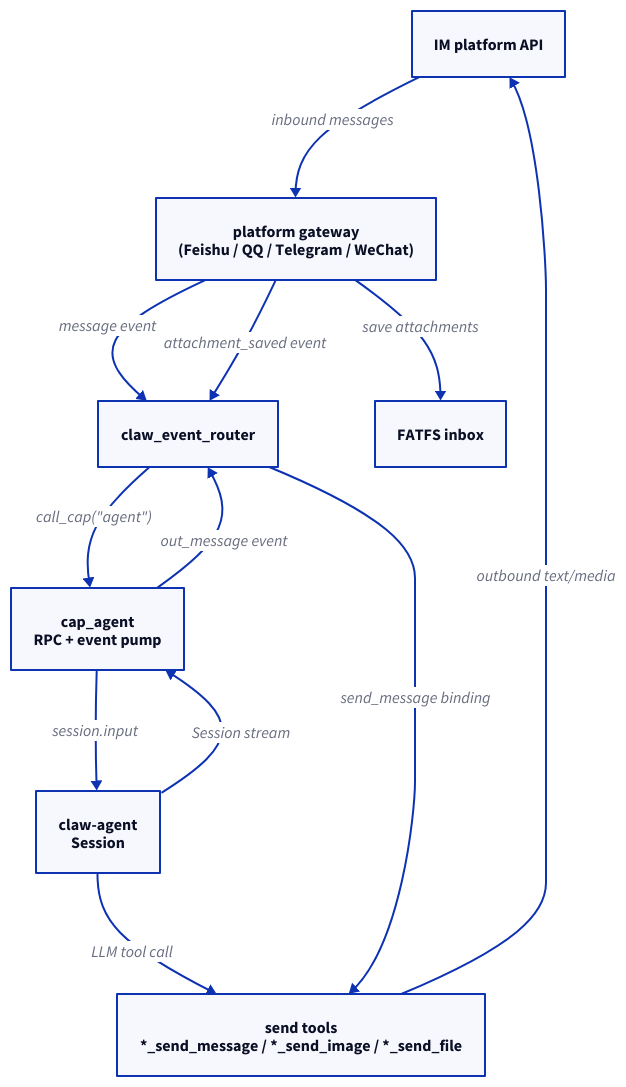
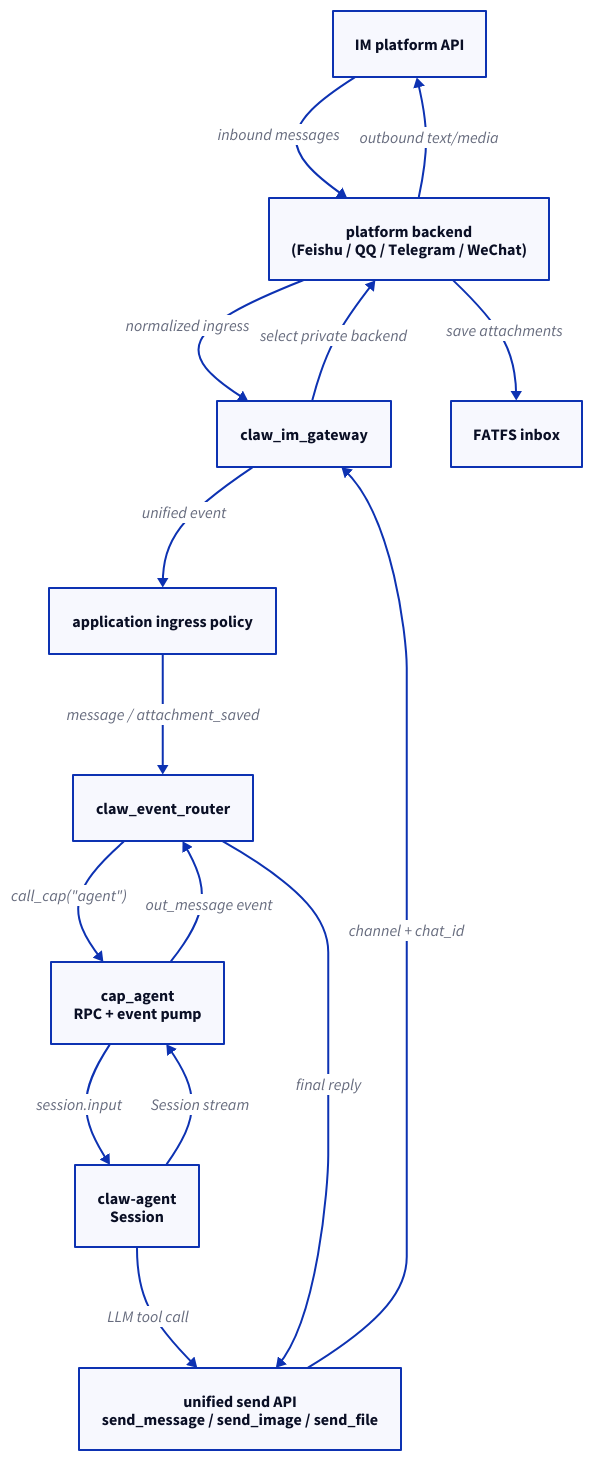
One commit to Asfixious/esp-claw changed the first of 2 diagrams in docs/src/content/docs/en/reference-cap/cap-im-platform.mdx. Above: the diagram before and after it, drawn with D2. The commit also changed other lines of this file and 40 other files, not shown here.

````diff
--- a/docs/src/content/docs/en/reference-cap/cap-im-platform.mdx
+++ b/docs/src/content/docs/en/reference-cap/cap-im-platform.mdx
@@ -48,21 +56,26 @@
 ```d2
 im_api: "IM platform API"
-gateway: "platform gateway\n(Feishu / QQ / Telegram / WeChat)"
+backend: "platform backend\n(Feishu / QQ / Telegram / WeChat)"
+gateway: "claw_im_gateway"
+ingress: "application ingress policy"
 router: "claw_event_router"
 adapter: "cap_agent\nRPC + event pump"
 agent: "claw-agent\nSession"
 fatfs: "FATFS inbox"
-tools: "send tools\n*_send_message / *_send_image / *_send_file"
+tools: "unified send API\nsend_message / send_image / send_file"
 
-im_api -> gateway: "inbound messages"
-gateway -> router: "message event"
-gateway -> fatfs: "save attachments"
-gateway -> router: "attachment_saved event"
+im_api -> backend: "inbound messages"
+backend -> gateway: "normalized ingress"
+gateway -> ingress: "unified event"
+ingress -> router: "message / attachment_saved"
+backend -> fatfs: "save attachments"
 router -> adapter: "call_cap(\"agent\")"
 adapter -> agent: "session.input"
 agent -> adapter: "Session stream"
 adapter -> router: "out_message event"
 agent -> tools: "LLM tool call"
-tools -> im_api: "outbound text/media"
-router -> tools: "send_message binding"
+router -> tools: "final reply"
+tools -> gateway: "channel + chat_id"
+gateway -> backend: "select private backend"
+backend -> im_api: "outbound text/media"
 ```
````
